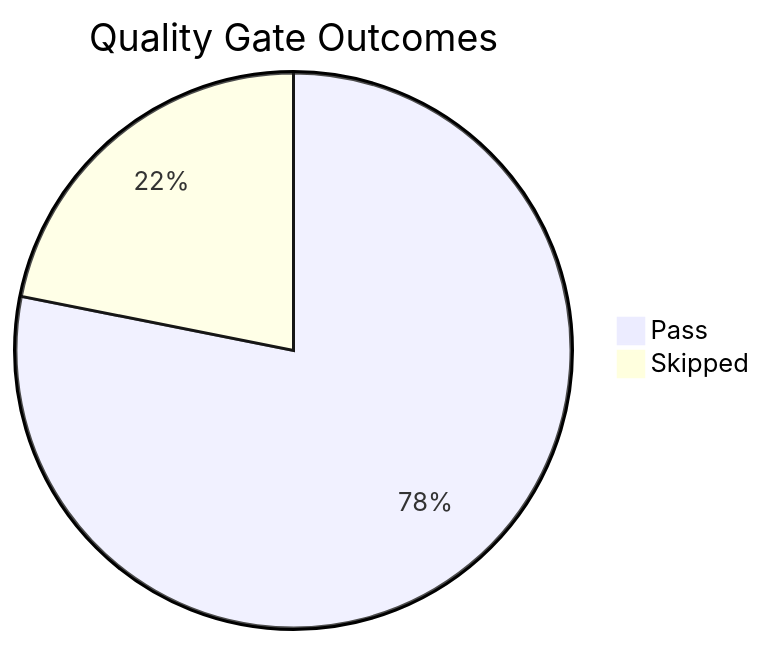
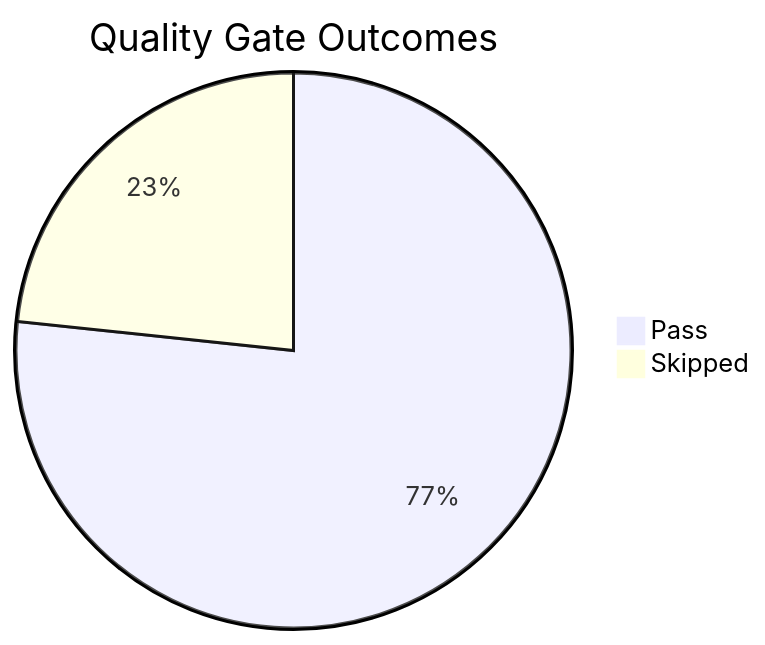
The diagram in docs/meta/golden-status.md (yeongseon/azure-app-service-practical-guide), drawn with Mermaid before and after one commit. The commit also changed other lines of this file and 1 other file, not shown here.

````diff
--- a/docs/meta/golden-status.md
+++ b/docs/meta/golden-status.md
@@ -42,5 +42,5 @@
 ```mermaid
 pie title Quality Gate Outcomes
-    "Pass" : 25
+    "Pass" : 23
     "Skipped" : 7
 ```
````
